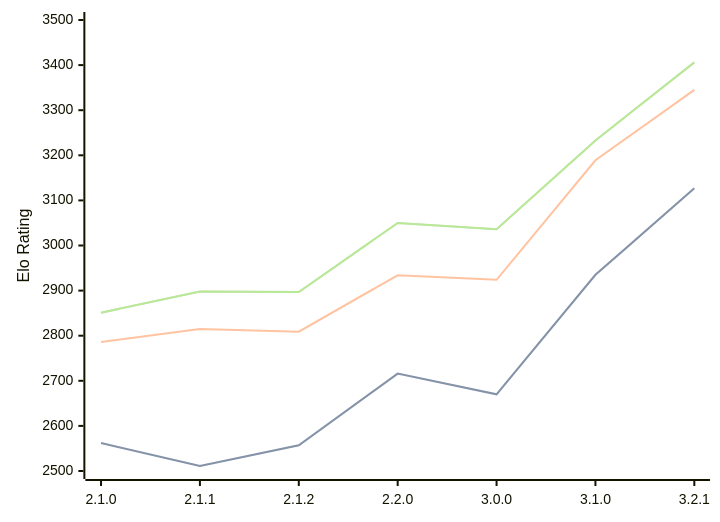
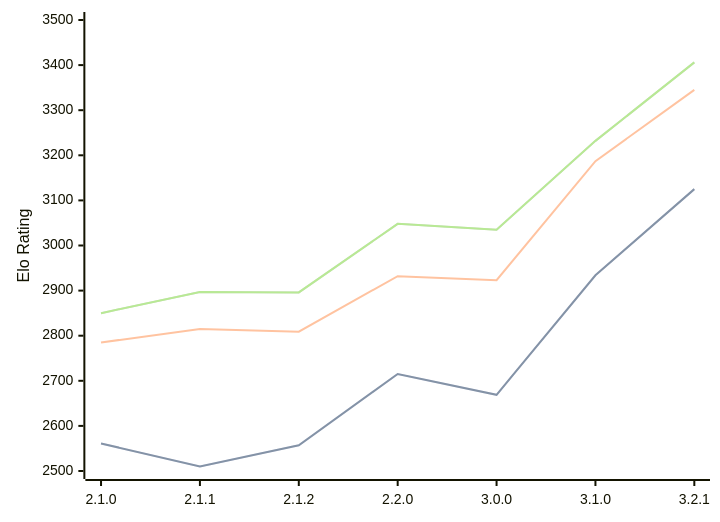
Before and after one commit to computer-chess-index/cci: the diagram in engines/Prune.md, drawn with Mermaid. The commit also changed other lines of this file, not shown here.

Commit message:
Update CCI Ratings (ELO VLTC) - 2026-03-23

````diff
--- a/engines/Prune.md
+++ b/engines/Prune.md
@@ -42,11 +42,11 @@
 ```mermaid
 %%{init: {"theme":"base","themeVariables":{"seriesColors:['#a3a3a3','#222221','#faa371']}}}%%
 xychart-beta
   x-axis ["2.1.0", "2.1.1", "2.1.2", "2.2.0", "3.0.0", "3.1.0", "3.2.1"]
   y-axis "Elo Rating" 2500 --> 3500
-  line "STC (8.0+0.08s)" [2562, 2511, 2557, 2716, 2670, 2935, 3127]
-  line "STC (8.0+0.08s)" [2562, 2511, 2557, 2716, 2670, 2935, 3127]
-  line "LTC (60.0+0.60s)" [2786, 2815, 2809, 2934, 2924, 3189, 3345]
-  line "VLTC (2m24s+1.12s)" [2851, 2898, 2897, 3050, 3036, 3233, 3406]
-  line "VLTC (2m24s+1.12s)" [2851, 2898, 2897, 3050, 3036, 3233, 3406]
+  line "STC (8.0+0.08s)" [2561, 2510, 2557, 2715, 2669, 2934, 3125]
+  line "STC (8.0+0.08s)" [2561, 2510, 2557, 2715, 2669, 2934, 3125]
+  line "LTC (60.0+0.60s)" [2785, 2815, 2809, 2932, 2923, 3187, 3345]
+  line "VLTC (2m24s+1.12s)" [2850, 2897, 2896, 3048, 3035, 3232, 3406]
+  line "VLTC (2m24s+1.12s)" [2850, 2897, 2896, 3048, 3035, 3232, 3406]
 ```
````
